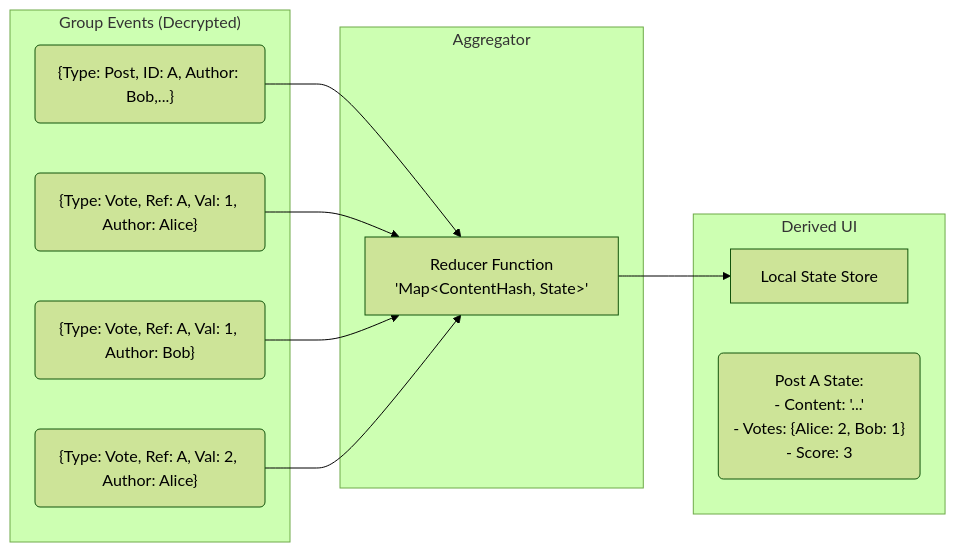
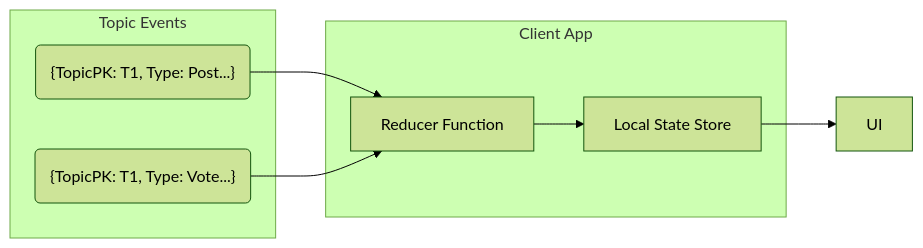
One commit to krinistof/dt changed the third of 3 diagrams in docs/architecture.md. Above: the diagram before and after it, drawn with Mermaid (forest theme). The commit also changed other lines of this file and 1 other file, not shown here.

````diff
--- a/docs/architecture.md
+++ b/docs/architecture.md
@@ -48,22 +95,16 @@
 ```mermaid
 graph LR
-    subgraph "Group Events (Decrypted)"
-        E1("{Type: Post, ID: A, Author: Bob,...}")
-        E2("{Type: Vote, Ref: A, Val: 1, Author: Alice}")
-        E3("{Type: Vote, Ref: A, Val: 1, Author: Bob}")
-        E4("{Type: Vote, Ref: A, Val: 2, Author: Alice}")
+    subgraph "Topic Events"
+        E1("{TopicPK: T1, Type: Post...}")
+        E2("{TopicPK: T1, Type: Vote...}")
     end
 
-    subgraph "Aggregator"
-        Reducer[Reducer Function<br/>'Map&lt;ContentHash, State&gt;']
+    subgraph "Client App"
+        Reducer[Reducer Function]
+        Store[Local State Store]
     end
 
-    subgraph "Derived UI"
-        Store[Local State Store]
-        S1("Post A State:<br/>- Content: '...'<br/>- Votes: {Alice: 2, Bob: 1}<br/>- Score: 3")
-    end
-
-
-    E1 & E2 & E3 & E4 --> Reducer
+    E1 & E2 --> Reducer
     Reducer --> Store
+    Store --> UI
 ```
````
